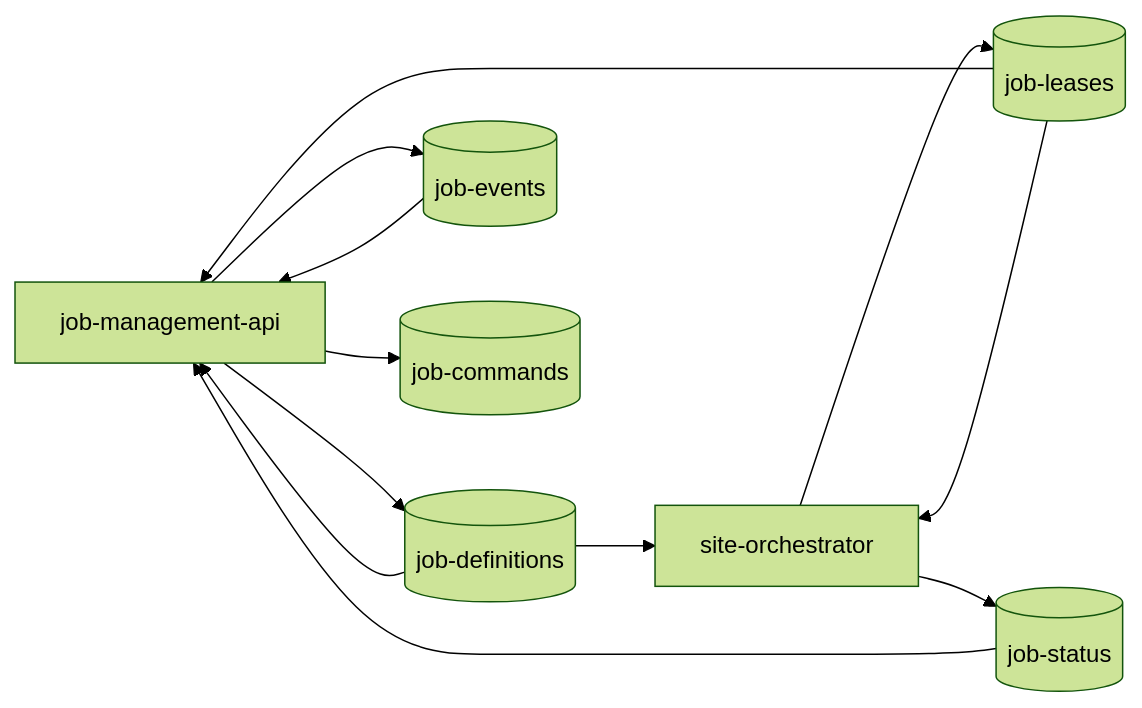
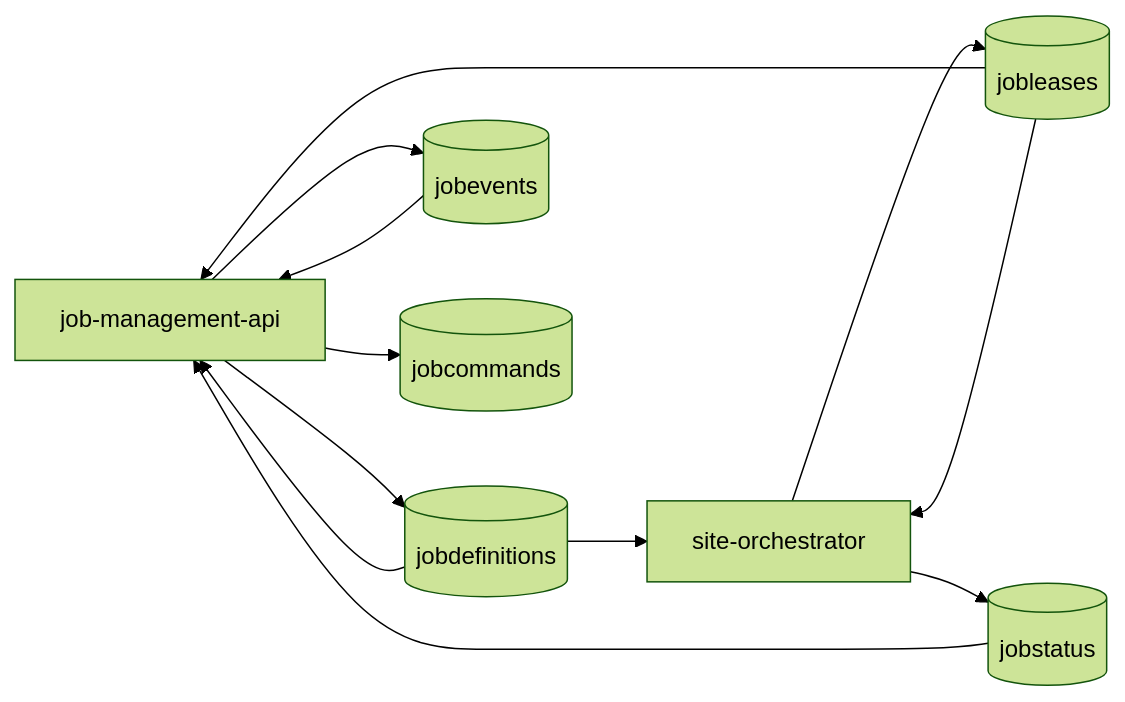
Before and after one commit to guillebot/streammux: the second of 2 diagrams in README.md, drawn with Mermaid (forest theme). The commit also changed other lines of this file and 18 other files, not shown here.

````diff
--- a/README.md
+++ b/README.md
@@ -58,26 +59,26 @@
 ```mermaid
 flowchart LR
   API[job-management-api]
   ORCH[site-orchestrator]
 
-  DEF[(job-definitions)]
-  LEASE[(job-leases)]
-  STATUS[(job-status)]
-  EVENTS[(job-events)]
-  COMMANDS[(job-commands)]
+  DEF[(jobdefinitions)]
+  LEASE[(jobleases)]
+  STATUS[(jobstatus)]
+  EVENTS[(jobevents)]
+  COMMANDS[(jobcommands)]
 
   API --> DEF
   API --> EVENTS
   API --> COMMANDS
 
   DEF --> API
   LEASE --> API
   STATUS --> API
   EVENTS --> API
 
   DEF --> ORCH
   LEASE --> ORCH
 
   ORCH --> LEASE
   ORCH --> STATUS
 ```
````
